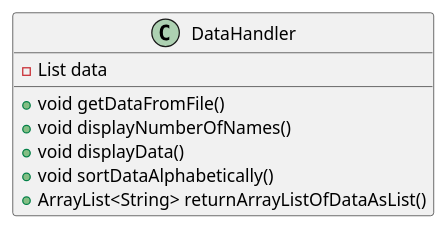
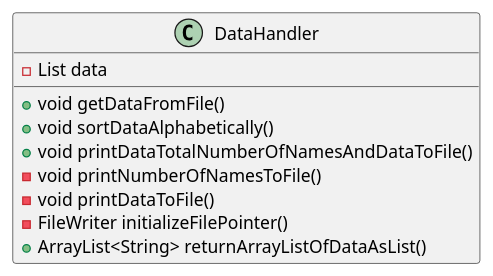
Before and after one commit to Jyke321/cordonero-a04: the diagram in exercise41/docs/classes.puml, drawn with PlantUML. The commit also changed 3 other files, not shown here.

```diff
--- a/exercise41/docs/classes.puml
+++ b/exercise41/docs/classes.puml
@@ -1,11 +1,13 @@
 @startuml
 class DataHandler {
     -List data
 
     +void getDataFromFile()
-    +void displayNumberOfNames()
-    +void displayData()
     +void sortDataAlphabetically()
+    +void printDataTotalNumberOfNamesAndDataToFile()
+    -void printNumberOfNamesToFile()
+    -void printDataToFile()
+    -FileWriter initializeFilePointer()
     +ArrayList<String> returnArrayListOfDataAsList()
 }
 @enduml
```
